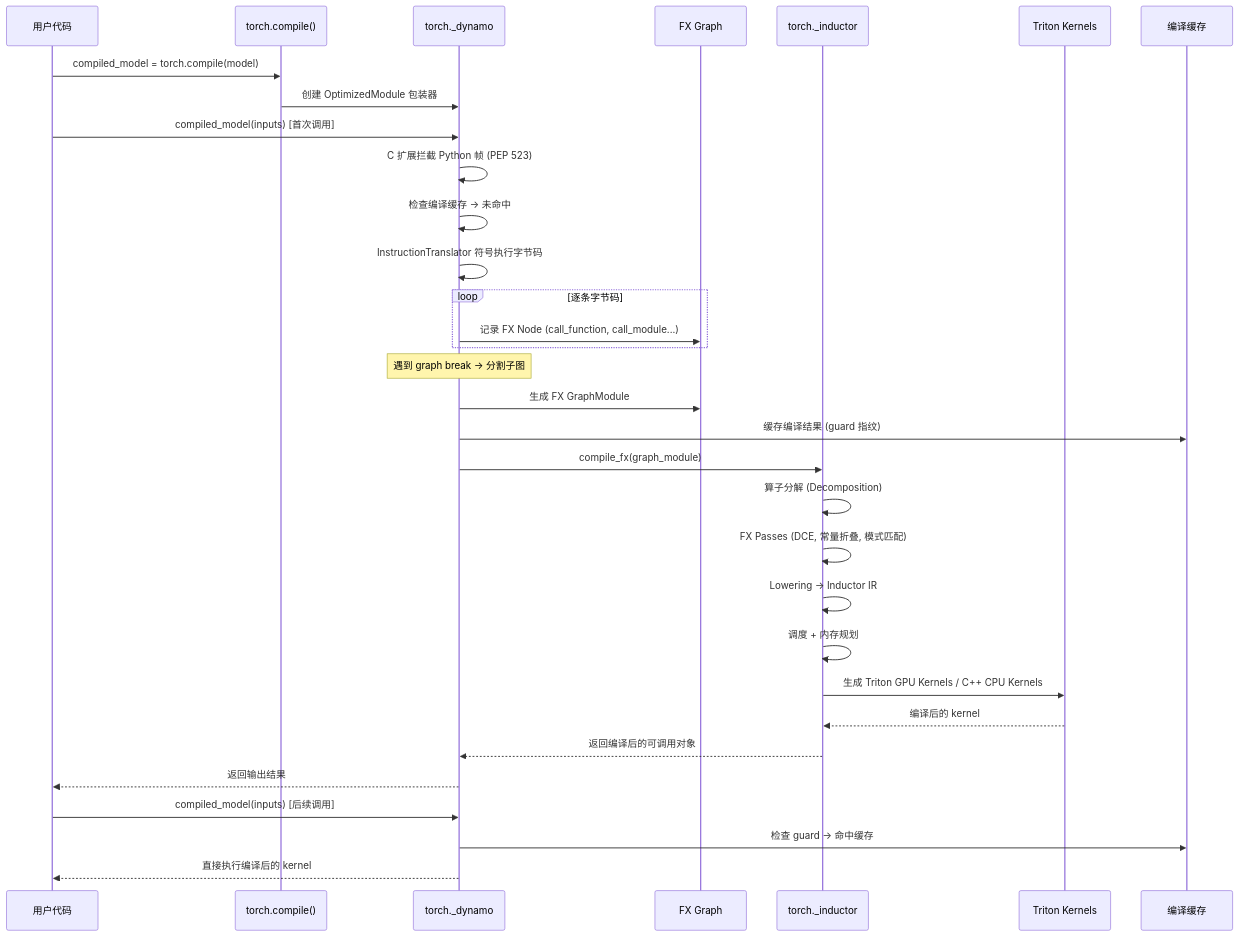
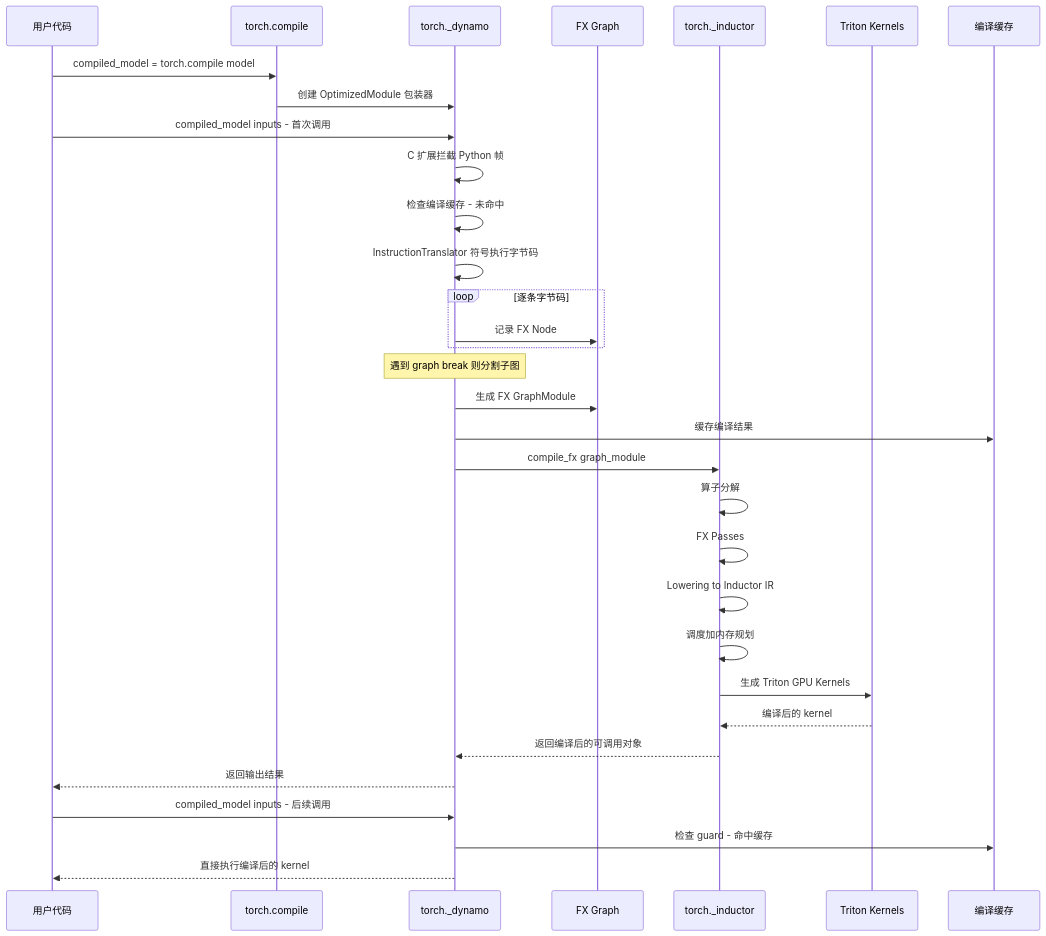
The third of 8 diagrams in AI Infra相关/Pytorch/pytorch的整体框架.md (carlvinhust2012/MyStudy), drawn with Mermaid before and after one commit. The commit also changed other lines of this file, not shown here.

````diff
--- a/AI Infra相关/Pytorch/pytorch的整体框架.md
+++ b/AI Infra相关/Pytorch/pytorch的整体框架.md
@@ -470,40 +471,40 @@
 ```mermaid
 sequenceDiagram
     participant User as 用户代码
-    participant Compile as torch.compile()
+    participant Compile as torch.compile
     participant Dynamo as torch._dynamo
-    participant FX as FX Graph
+    participant FXGraph as FX Graph
     participant Inductor as torch._inductor
     participant Triton as Triton Kernels
     participant Cache as 编译缓存
 
-    User->>Compile: compiled_model = torch.compile(model)
+    User->>Compile: compiled_model = torch.compile model
     Compile->>Dynamo: 创建 OptimizedModule 包装器
 
-    User->>Dynamo: compiled_model(inputs) [首次调用]
-    Dynamo->>Dynamo: C 扩展拦截 Python 帧 (PEP 523)
-    Dynamo->>Dynamo: 检查编译缓存 → 未命中
+    User->>Dynamo: compiled_model inputs - 首次调用
+    Dynamo->>Dynamo: C 扩展拦截 Python 帧
+    Dynamo->>Dynamo: 检查编译缓存 - 未命中
     Dynamo->>Dynamo: InstructionTranslator 符号执行字节码
     loop 逐条字节码
-        Dynamo->>FX: 记录 FX Node (call_function, call_module...)
+        Dynamo->>FXGraph: 记录 FX Node
     end
-    Note over Dynamo: 遇到 graph break → 分割子图
+    Note over Dynamo: 遇到 graph break 则分割子图
 
-    Dynamo->>FX: 生成 FX GraphModule
-    Dynamo->>Cache: 缓存编译结果 (guard 指纹)
+    Dynamo->>FXGraph: 生成 FX GraphModule
+    Dynamo->>Cache: 缓存编译结果
 
-    Dynamo->>Inductor: compile_fx(graph_module)
-    Inductor->>Inductor: 算子分解 (Decomposition)
-    Inductor->>Inductor: FX Passes (DCE, 常量折叠, 模式匹配)
-    Inductor->>Inductor: Lowering → Inductor IR
-    Inductor->>Inductor: 调度 + 内存规划
-    Inductor->>Triton: 生成 Triton GPU Kernels / C++ CPU Kernels
+    Dynamo->>Inductor: compile_fx graph_module
+    Inductor->>Inductor: 算子分解
+    Inductor->>Inductor: FX Passes
+    Inductor->>Inductor: Lowering to Inductor IR
+    Inductor->>Inductor: 调度加内存规划
+    Inductor->>Triton: 生成 Triton GPU Kernels
     Triton-->>Inductor: 编译后的 kernel
 
     Inductor-->>Dynamo: 返回编译后的可调用对象
     Dynamo-->>User: 返回输出结果
 
-    User->>Dynamo: compiled_model(inputs) [后续调用]
-    Dynamo->>Cache: 检查 guard → 命中缓存
+    User->>Dynamo: compiled_model inputs - 后续调用
+    Dynamo->>Cache: 检查 guard - 命中缓存
     Dynamo-->>User: 直接执行编译后的 kernel
 ```
````
